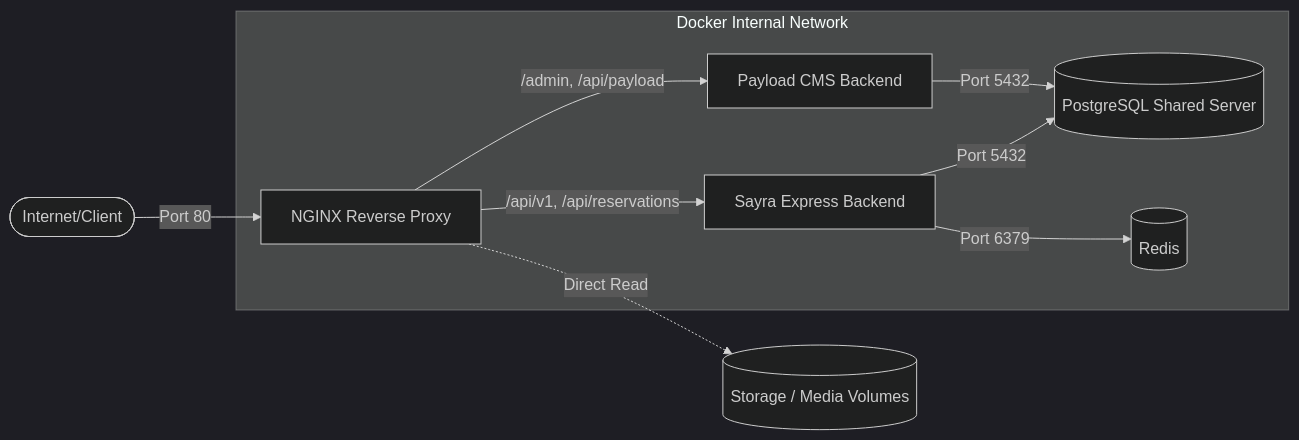
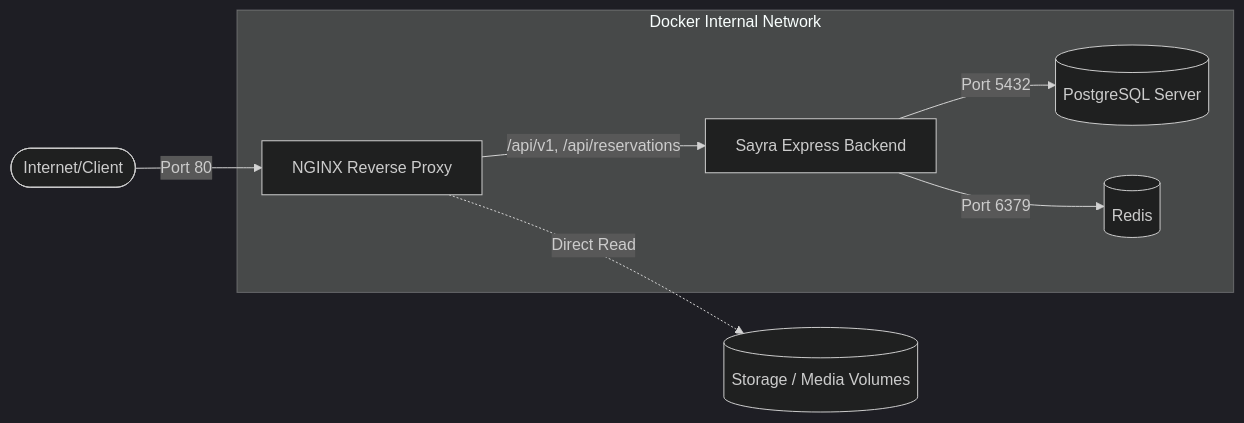
Before and after one commit to amirhossein-moloki/PlayNest: the diagram in NGINX_INTEGRATION_GUIDE.md, drawn with Mermaid (dark theme). The commit also changed other lines of this file and 18 other files, not shown here.

First line of the commit message:
chore: remove payload cms configurations and docs

````diff
--- a/NGINX_INTEGRATION_GUIDE.md
+++ b/NGINX_INTEGRATION_GUIDE.md
@@ -11,14 +11,12 @@
 ```mermaid
 graph LR
     Client([Internet/Client]) -->|Port 80| NGINX[NGINX Reverse Proxy]
 
     subgraph "Docker Internal Network"
         NGINX -->|/api/v1, /api/reservations| Sayra[Sayra Express Backend]
-        NGINX -->|/admin, /api/payload| Payload[Payload CMS Backend]
-        Sayra -->|Port 5432| DB[(PostgreSQL Shared Server)]
-        Payload -->|Port 5432| DB
+        Sayra -->|Port 5432| DB[(PostgreSQL Server)]
         Sayra -->|Port 6379| Redis[(Redis)]
     end
 
     NGINX -.->|Direct Read| Media[(Storage / Media Volumes)]
 ```
````
